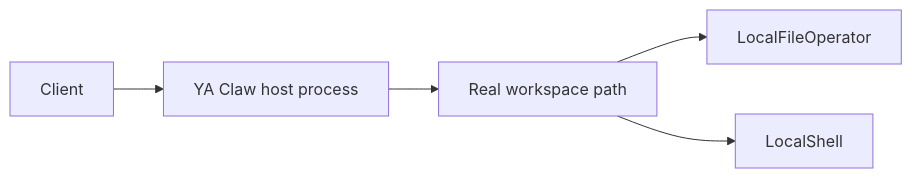
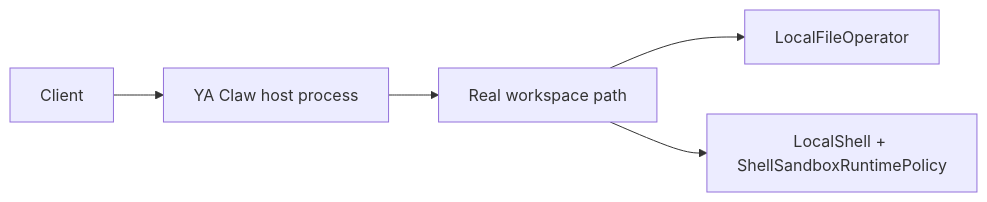
Before and after one commit to Alexsu26/ya-mono: the diagram in skills/ya-claw-deploy/references/workspace-provider/service-local-local-shell.md, drawn with Mermaid. The commit also changed other lines of this file and 118 other files, not shown here.

First line of the commit message:
feat(shell): add opt-in local shell sandboxing (#267)

````diff
--- a/skills/ya-claw-deploy/references/workspace-provider/service-local-local-shell.md
+++ b/skills/ya-claw-deploy/references/workspace-provider/service-local-local-shell.md
@@ -7,7 +7,7 @@
 ```mermaid
 flowchart LR
     CLIENT["Client"] --> SERVICE["YA Claw host process"]
     SERVICE --> WORKSPACE["Real workspace path"]
     WORKSPACE --> FILES["LocalFileOperator"]
-    WORKSPACE --> SHELL["LocalShell"]
+    WORKSPACE --> SHELL["LocalShell + ShellSandboxRuntimePolicy"]
 ```
````
